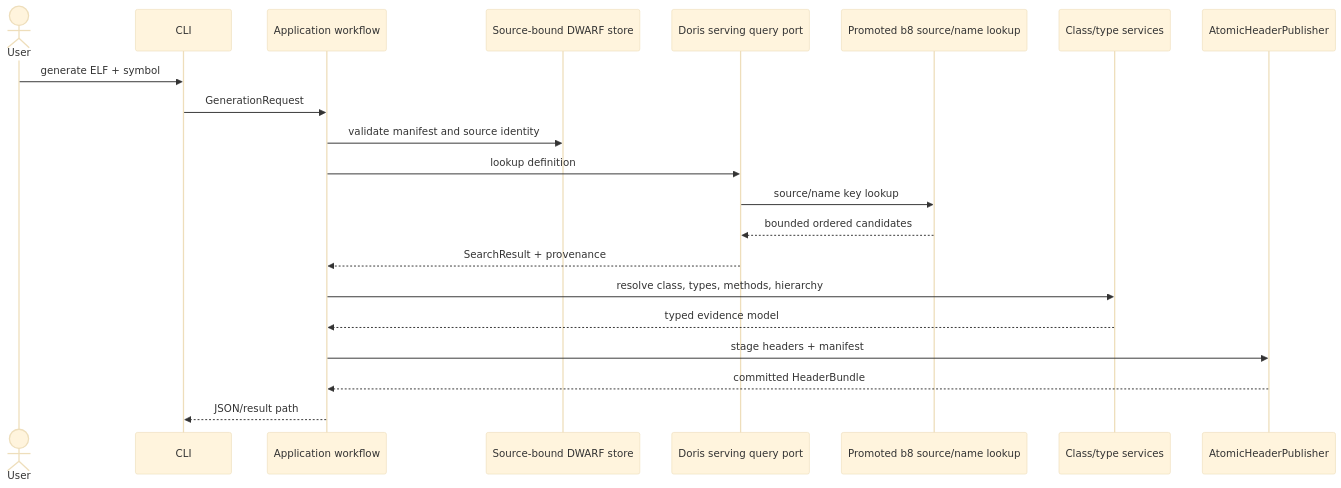
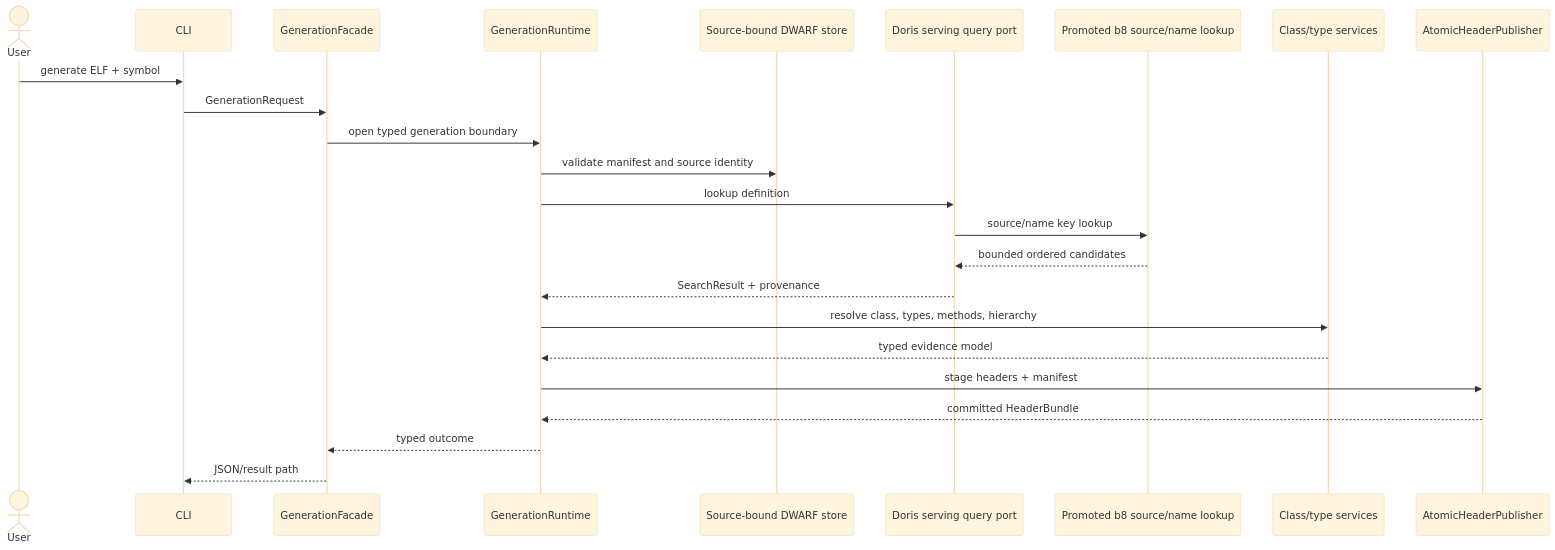
The first of 2 diagrams in docs/explanation/architecture/runtime.md (ddon-research/ddon-dwarf-reconstructor), drawn with Mermaid (base theme) before and after one commit. The commit also changed other lines of this file and 135 other files, not shown here.

````diff
--- a/docs/explanation/architecture/runtime.md
+++ b/docs/explanation/architecture/runtime.md
@@ -5,24 +5,27 @@
 ```mermaid
 sequenceDiagram
     actor User
     participant CLI
-    participant Workflow as Application workflow
+    participant Facade as GenerationFacade
+    participant Runtime as GenerationRuntime
     participant Store as Source-bound DWARF store
     participant Index as Doris serving query port
     participant Lookup as Promoted b8 source/name lookup
     participant Parser as Class/type services
     participant Publisher as AtomicHeaderPublisher
 
     User->>CLI: generate ELF + symbol
-    CLI->>Workflow: GenerationRequest
-    Workflow->>Store: validate manifest and source identity
-    Workflow->>Index: lookup definition
+    CLI->>Facade: GenerationRequest
+    Facade->>Runtime: open typed generation boundary
+    Runtime->>Store: validate manifest and source identity
+    Runtime->>Index: lookup definition
     Index->>Lookup: source/name key lookup
     Lookup-->>Index: bounded ordered candidates
-    Index-->>Workflow: SearchResult + provenance
-    Workflow->>Parser: resolve class, types, methods, hierarchy
-    Parser-->>Workflow: typed evidence model
-    Workflow->>Publisher: stage headers + manifest
-    Publisher-->>Workflow: committed HeaderBundle
-    Workflow-->>CLI: JSON/result path
+    Index-->>Runtime: SearchResult + provenance
+    Runtime->>Parser: resolve class, types, methods, hierarchy
+    Parser-->>Runtime: typed evidence model
+    Runtime->>Publisher: stage headers + manifest
+    Publisher-->>Runtime: committed HeaderBundle
+    Runtime-->>Facade: typed outcome
+    Facade-->>CLI: JSON/result path
 ```
````
